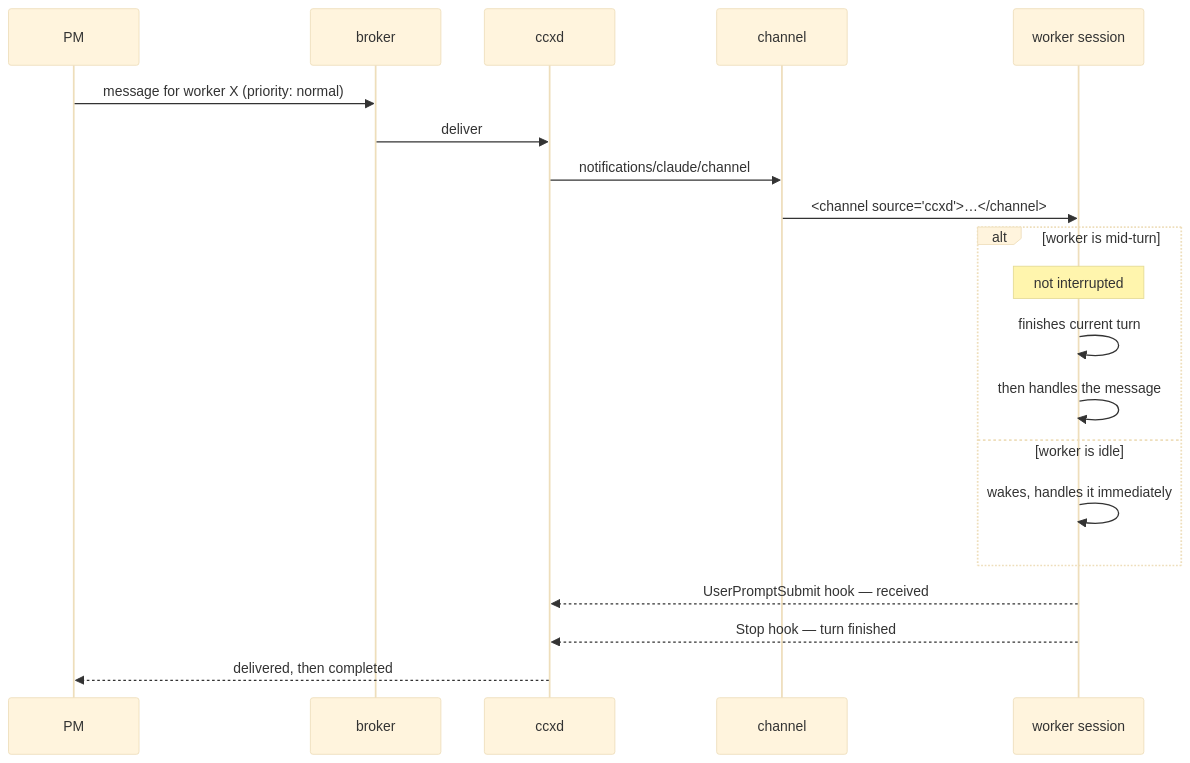
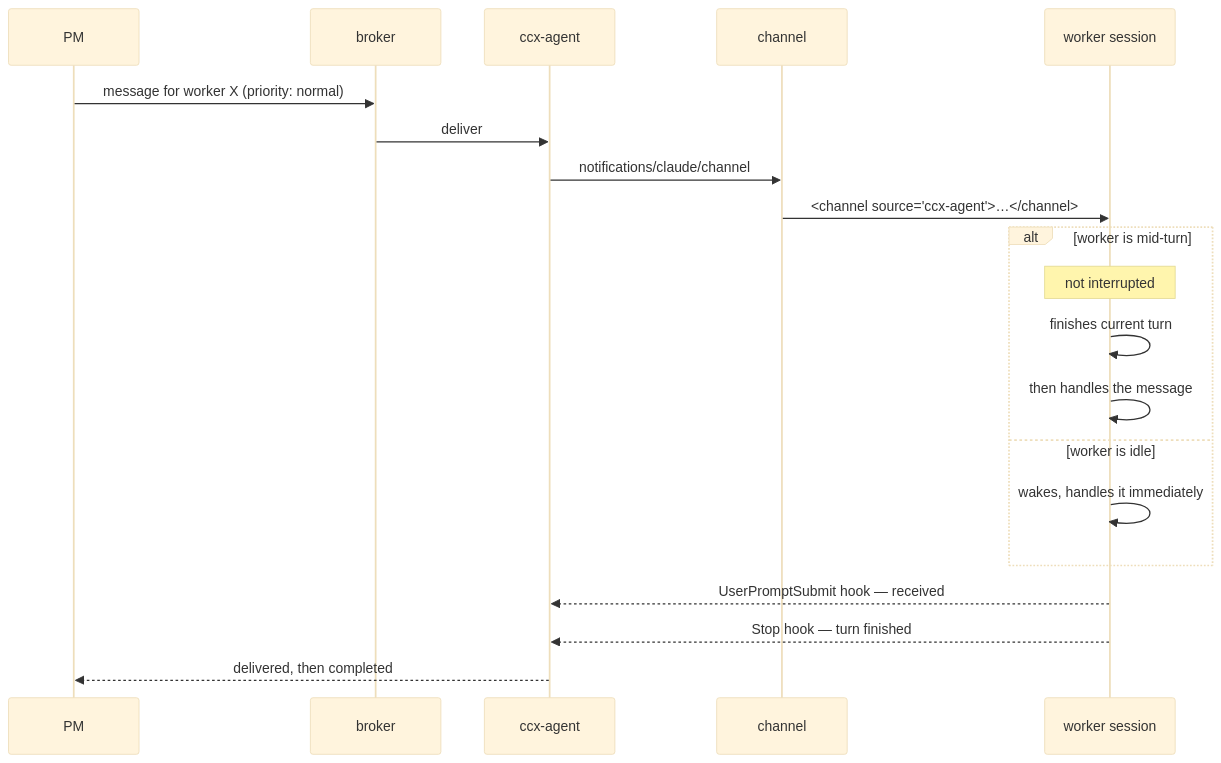
Before and after one commit to TakashiAihara/ccx: the second of 8 diagrams in docs/design/use-cases.md, drawn with Mermaid (base theme). The commit also changed other lines of this file and 58 other files, not shown here.

First line of the commit message:
chore: rename ccxd to ccx-agent (#131)

````diff
--- a/docs/design/use-cases.md
+++ b/docs/design/use-cases.md
@@ -52,25 +52,25 @@
 ```mermaid
 sequenceDiagram
     participant PM
     participant B as broker
-    participant CCXD as ccxd
+    participant AGENT as ccx-agent
     participant C as channel
     participant S as worker session
 
     PM->>B: message for worker X (priority: normal)
-    B->>CCXD: deliver
-    CCXD->>C: notifications/claude/channel
-    C->>S: <channel source="ccxd">…</channel>
+    B->>AGENT: deliver
+    AGENT->>C: notifications/claude/channel
+    C->>S: <channel source="ccx-agent">…</channel>
 
     alt worker is mid-turn
         Note over S: not interrupted
         S->>S: finishes current turn
         S->>S: then handles the message
     else worker is idle
         S->>S: wakes, handles it immediately
     end
 
-    S-->>CCXD: UserPromptSubmit hook — received
-    S-->>CCXD: Stop hook — turn finished
-    CCXD-->>PM: delivered, then completed
+    S-->>AGENT: UserPromptSubmit hook — received
+    S-->>AGENT: Stop hook — turn finished
+    AGENT-->>PM: delivered, then completed
 ```
````
